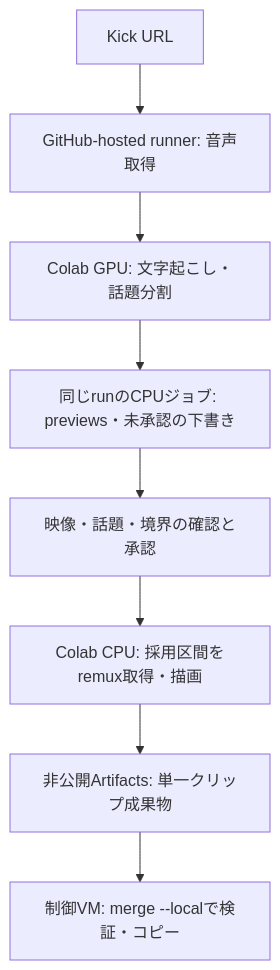
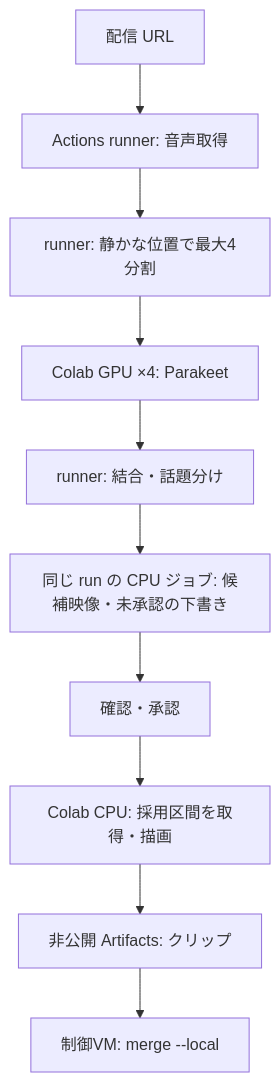
The diagram in docs/ARCHITECTURE.md (nyu1791-collab/ClipForge), drawn with Mermaid before and after one commit. The commit also changed other lines of this file and 25 other files, not shown here.

````diff
--- a/docs/ARCHITECTURE.md
+++ b/docs/ARCHITECTURE.md
@@ -5,10 +3,12 @@
 ```mermaid
 flowchart TD
-  URL[Kick URL] --> AUDIO[GitHub-hosted runner: 音声取得]
-  AUDIO --> GPU[Colab GPU: 文字起こし・話題分割]
-  GPU --> PREV[同じrunのCPUジョブ: previews・未承認の下書き]
-  PREV --> REVIEW[映像・話題・境界の確認と承認]
-  REVIEW --> CPU[Colab CPU: 採用区間をremux取得・描画]
-  CPU --> PARTS[非公開Artifacts: 単一クリップ成果物]
-  PARTS --> MERGE[制御VM: merge --localで検証・コピー]
+  URL[配信 URL] --> AUDIO[Actions runner: 音声取得]
+  AUDIO --> SPLIT[runner: 静かな位置で最大4分割]
+  SPLIT --> GPU[Colab GPU ×4: Parakeet]
+  GPU --> MERGE[runner: 結合・話題分け]
+  MERGE --> PREV[同じ run の CPU ジョブ: 候補映像・未承認の下書き]
+  PREV --> REVIEW[確認・承認]
+  REVIEW --> RENDER[Colab CPU: 採用区間を取得・描画]
+  RENDER --> PARTS[非公開 Artifacts: クリップ]
+  PARTS --> LOCAL[制御VM: merge --local]
 ```
````
